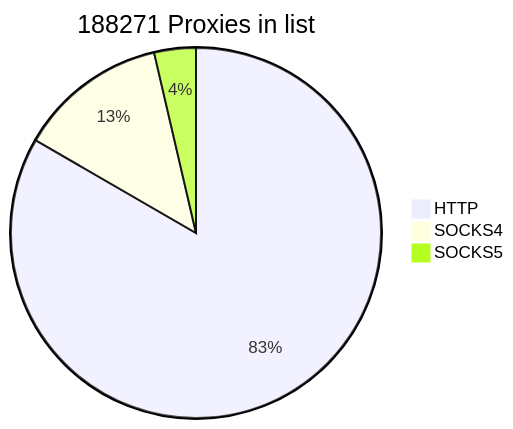
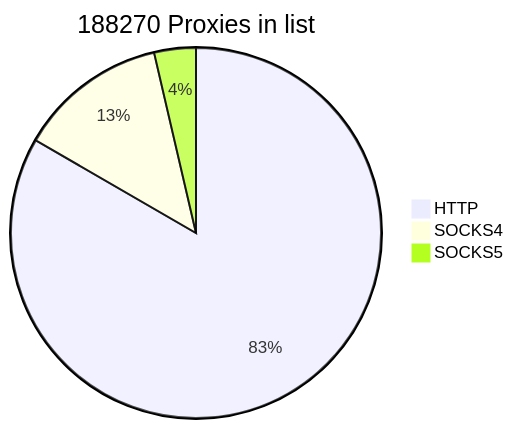
The first of 2 diagrams in README.md (cutipu/proxylist), drawn with Mermaid before and after one commit. The commit also changed other lines of this file, not shown here.

````diff
--- a/README.md
+++ b/README.md
@@ -2,7 +2,7 @@
 ```mermaid
-pie title 188271 Proxies in list
+pie title 188270 Proxies in list
     "HTTP" : 156915
     "SOCKS4" : 24509
-    "SOCKS5" : 6847
+    "SOCKS5" : 6846
             
 ```
````
